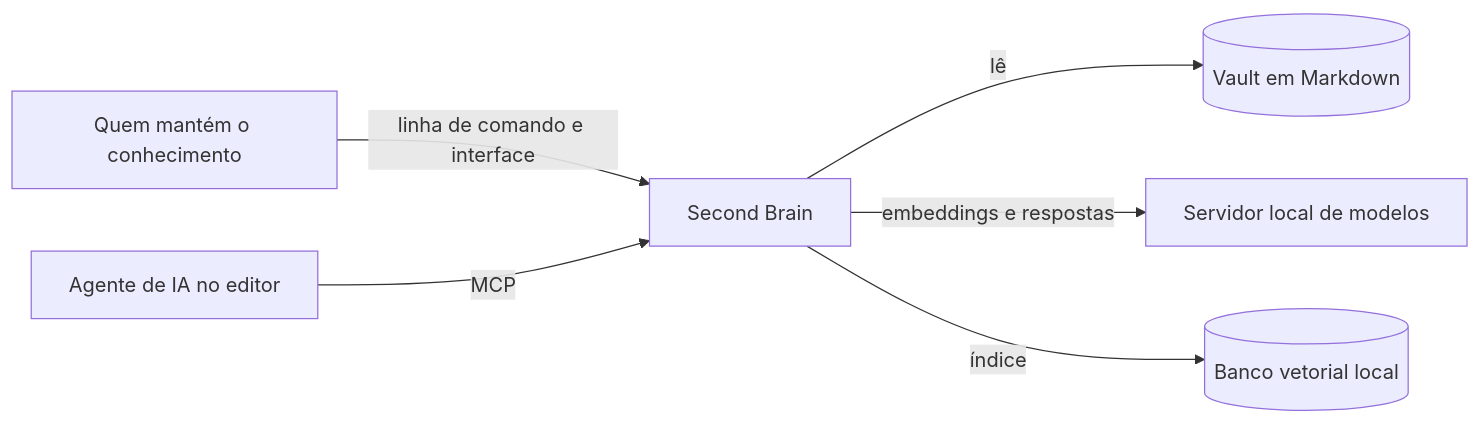
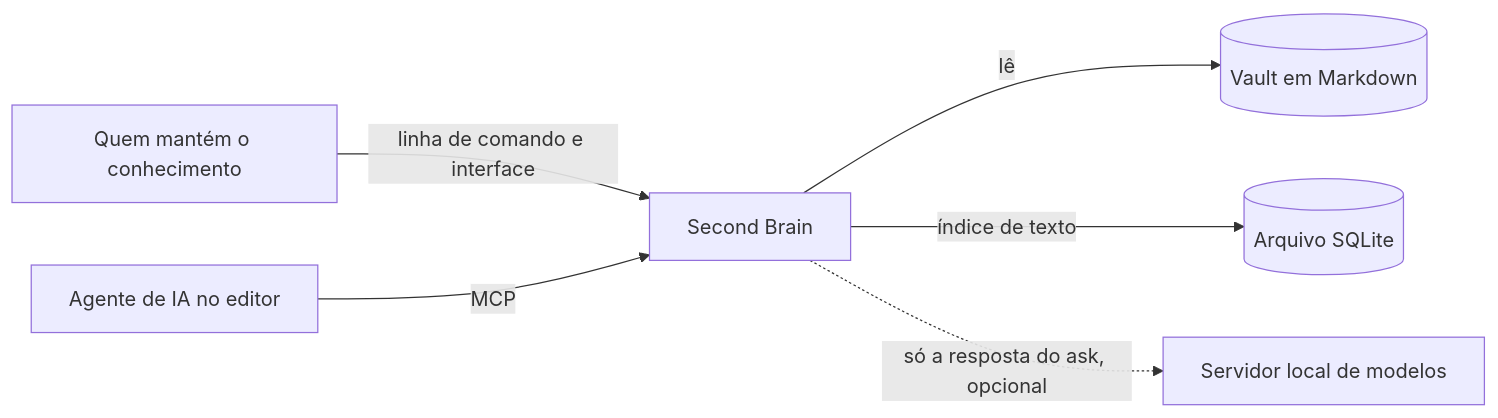
One commit to HuggsF/second-brain-open changed the first of 2 diagrams in fichas/second-brain-open/03-arquitetura.md. Above: the diagram before and after it, drawn with Mermaid. The commit also changed other lines of this file and 11 other files, not shown here.

````diff
--- a/fichas/second-brain-open/03-arquitetura.md
+++ b/fichas/second-brain-open/03-arquitetura.md
@@ -10,8 +10,8 @@
 ```mermaid
 flowchart LR
     pessoa[Quem mantém o conhecimento] -->|linha de comando e interface| motor[Second Brain]
     agente[Agente de IA no editor] -->|MCP| motor
     motor -->|lê| vault[(Vault em Markdown)]
-    motor -->|embeddings e respostas| modelos[Servidor local de modelos]
-    motor -->|índice| vetores[(Banco vetorial local)]
+    motor -->|índice de texto| indice[(Arquivo SQLite)]
+    motor -.->|só a resposta do ask, opcional| modelos[Servidor local de modelos]
 ```
````
